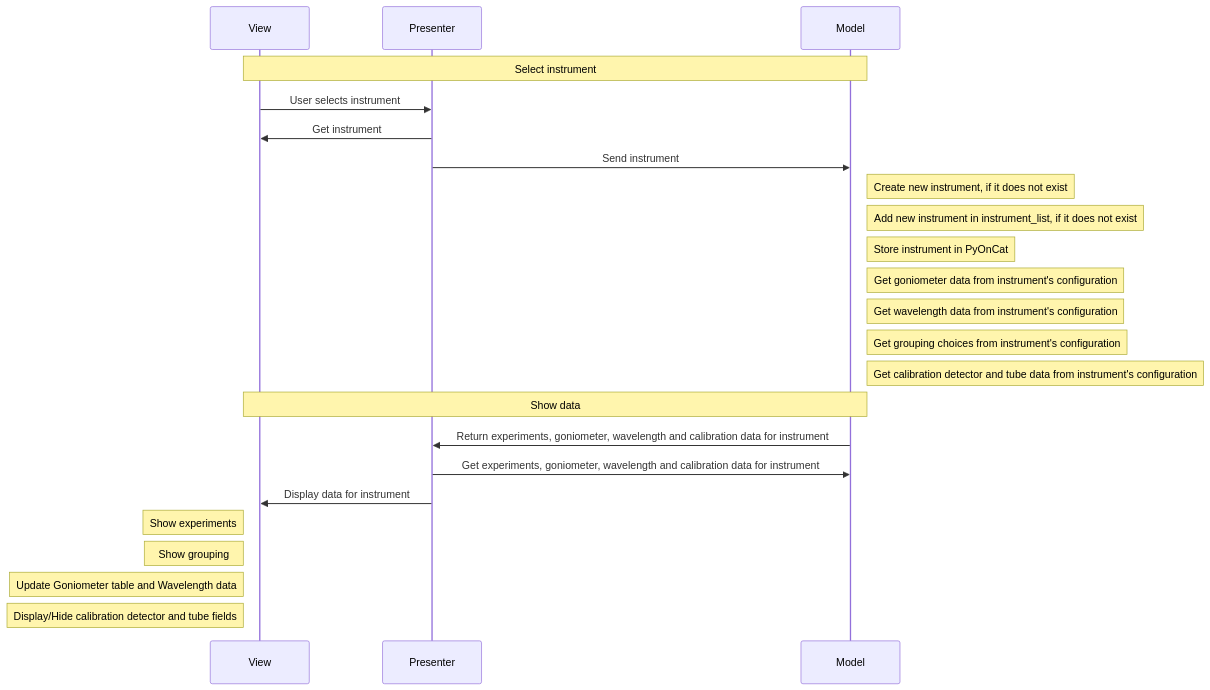
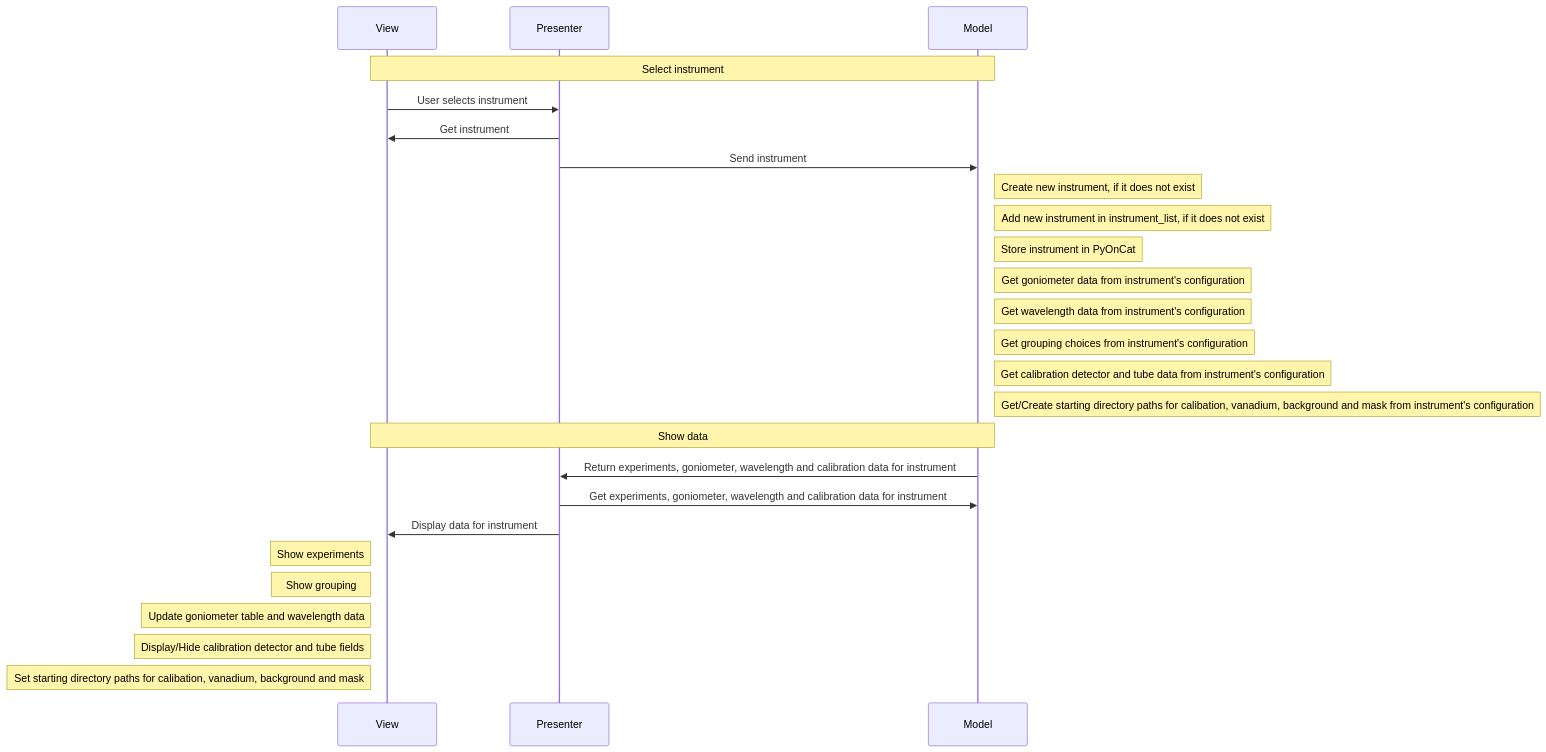
Diagram 13 of 16 in docs/source/design/reduction_plan_mvp.rst (neutrons/garnet), drawn with Mermaid before and after one commit. The commit also changed other lines of this file and 3 other files, not shown here.

```diff
--- a/docs/source/design/reduction_plan_mvp.rst
+++ b/docs/source/design/reduction_plan_mvp.rst
@@ -549,26 +539,28 @@
     .. mermaid::
 
         sequenceDiagram
             participant View
             participant Presenter
             participant Model
 
             Note over View,Model: Select instrument
             View->>Presenter: User selects instrument
             Presenter->>View: Get instrument
             Presenter->>Model: Send instrument
             Note right of Model: Create new instrument, if it does not exist
             Note right of Model: Add new instrument in instrument_list, if it does not exist
             Note right of Model: Store instrument in PyOnCat
             Note right of Model: Get goniometer data from instrument's configuration
             Note right of Model: Get wavelength data from instrument's configuration
             Note right of Model: Get grouping choices from instrument's configuration
             Note right of Model: Get calibration detector and tube data from instrument's configuration
+            Note right of Model: Get/Create starting directory paths for calibation, vanadium, background and mask from instrument's configuration
             Note over View,Model: Show data
             Model->>Presenter: Return experiments, goniometer, wavelength and calibration data for instrument
             Presenter->>Model: Get experiments, goniometer, wavelength and calibration data for instrument
             Presenter->>View: Display data for instrument
             Note left of View: Show experiments
             Note left of View: Show grouping
-            Note left of View: Update Goniometer table and Wavelength data
+            Note left of View: Update goniometer table and wavelength data
             Note left of View: Display/Hide calibration detector and tube fields
+            Note left of View: Set starting directory paths for calibation, vanadium, background and mask
```
